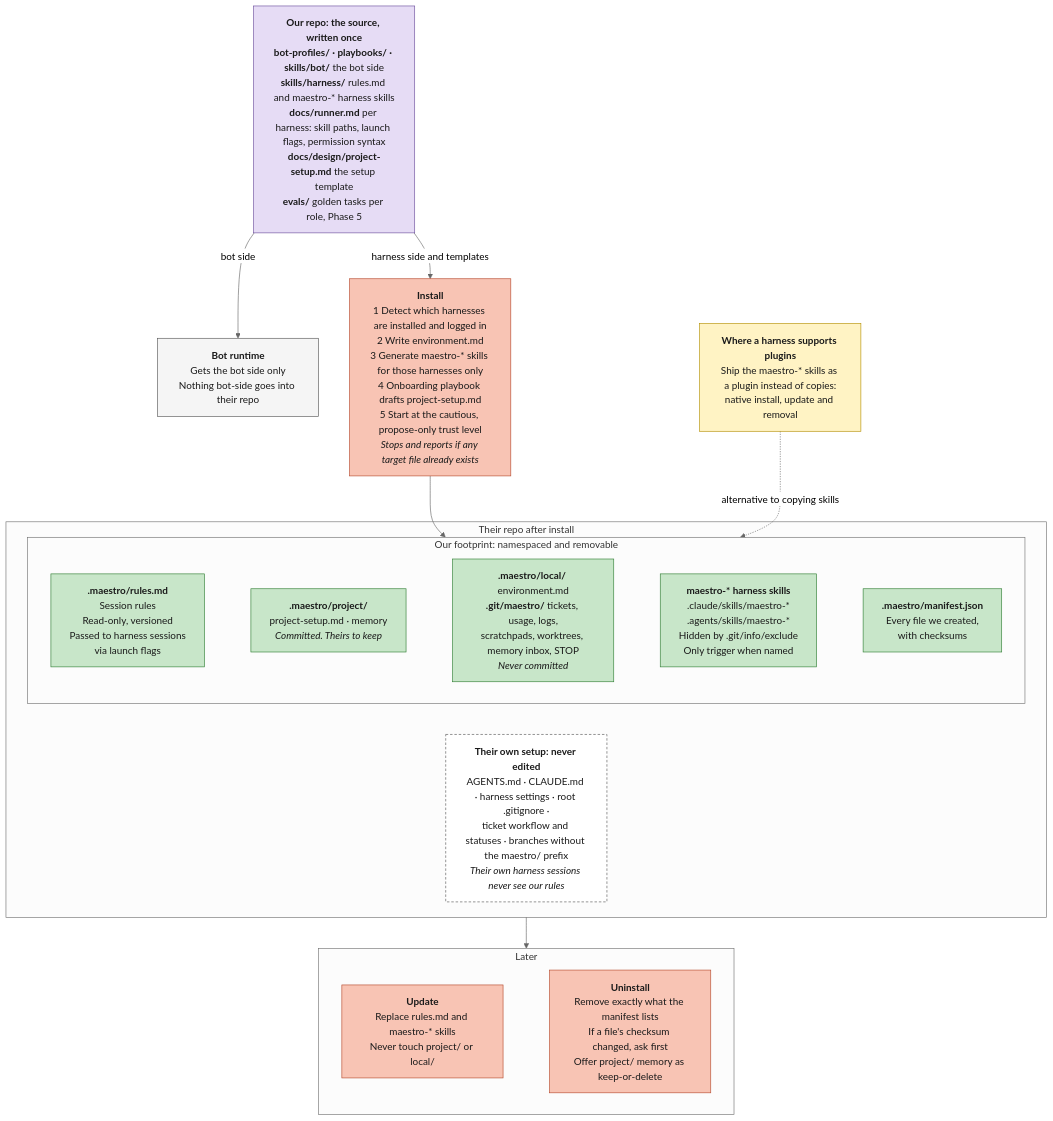
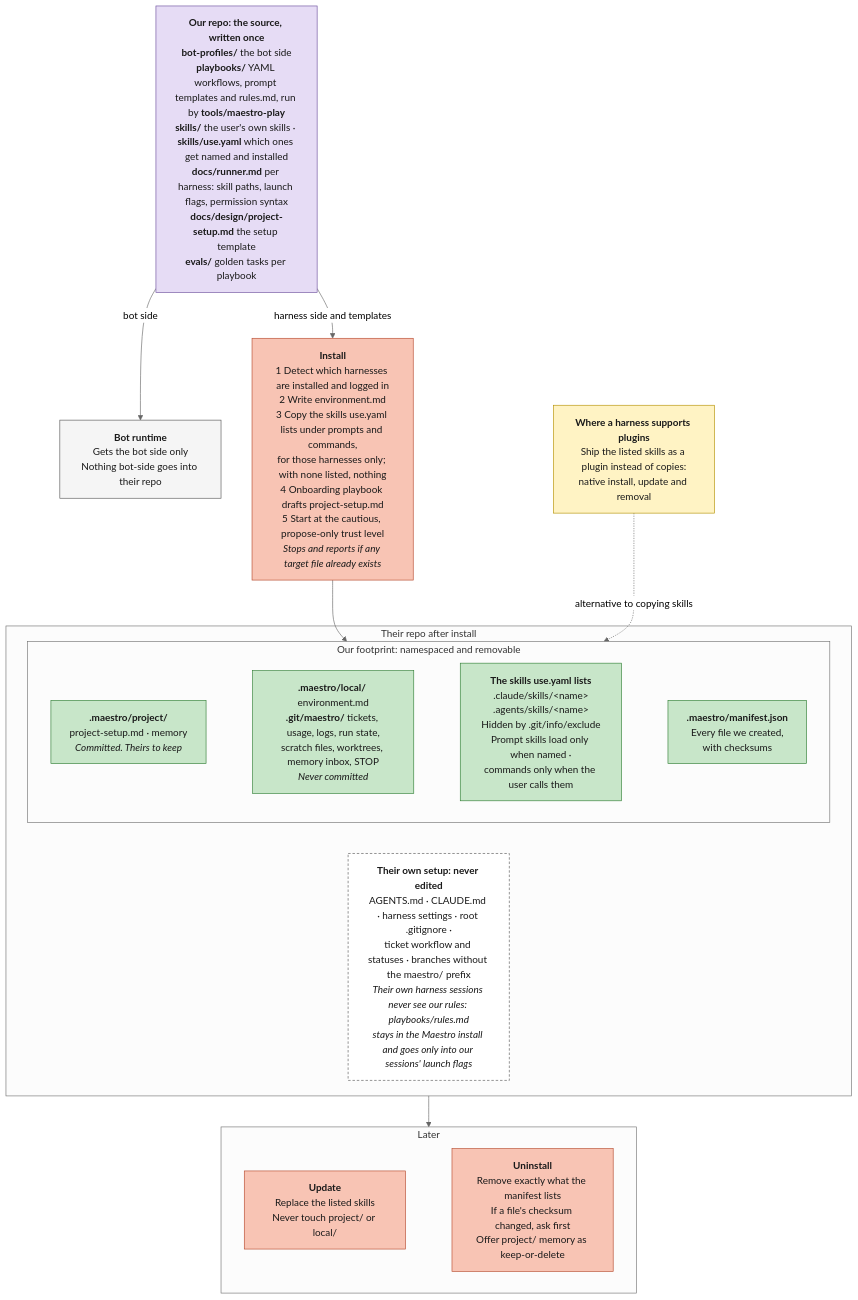
The diagram in docs/design/install-footprint.mermaid (ProlesDei/maestro), drawn with Mermaid (neutral theme) before and after one commit. The commit also changed 293 other files, not shown here.

Commit message:
Playbooks: deterministic YAML engine (maestro-play), 28 playbooks, harness skills and commands; decisions 0701, 0716-0719, 0790-0799

```diff
--- a/docs/design/install-footprint.mermaid
+++ b/docs/design/install-footprint.mermaid
@@ -1,43 +1,43 @@
 flowchart TD
-    Source["<b>Our repo: the source, written once</b><br/><b>bot-profiles/ · playbooks/ · skills/bot/</b> the bot side<br/><b>skills/harness/</b> rules.md and maestro-* harness skills<br/><b>docs/runner.md</b> per harness: skill paths, launch flags, permission syntax<br/><b>docs/design/project-setup.md</b> the setup template<br/><b>evals/</b> golden tasks per role, Phase 5"]
+    Source["<b>Our repo: the source, written once</b><br/><b>bot-profiles/</b> the bot side<br/><b>playbooks/</b> YAML workflows, prompt templates and rules.md, run by <b>tools/maestro-play</b><br/><b>skills/</b> the user's own skills · <b>skills/use.yaml</b> which ones get named and installed<br/><b>docs/runner.md</b> per harness: skill paths, launch flags, permission syntax<br/><b>docs/design/project-setup.md</b> the setup template<br/><b>evals/</b> golden tasks per playbook"]
 
     BotRuntime["<b>Bot runtime</b><br/>Gets the bot side only<br/>Nothing bot-side goes into their repo"]
 
-    Install["<b>Install</b><br/>1 Detect which harnesses are installed and logged in<br/>2 Write environment.md<br/>3 Generate maestro-* skills for those harnesses only<br/>4 Onboarding playbook drafts project-setup.md<br/>5 Start at the cautious, propose-only trust level<br/><i>Stops and reports if any target file already exists</i>"]
+    Install["<b>Install</b><br/>1 Detect which harnesses are installed and logged in<br/>2 Write environment.md<br/>3 Copy the skills use.yaml lists under prompts and commands,<br/>for those harnesses only; with none listed, nothing<br/>4 Onboarding playbook drafts project-setup.md<br/>5 Start at the cautious, propose-only trust level<br/><i>Stops and reports if any target file already exists</i>"]
 
     subgraph Repo ["Their repo after install"]
         subgraph Ours ["Our footprint: namespaced and removable"]
             direction LR
-            O1["<b>.maestro/rules.md</b><br/>Session rules<br/>Read-only, versioned<br/>Passed to harness sessions<br/>via launch flags"] ~~~ O2["<b>.maestro/project/</b><br/>project-setup.md · memory<br/><i>Committed. Theirs to keep</i>"] ~~~ O3["<b>.maestro/local/</b> environment.md<br/><b>.git/maestro/</b> tickets, usage, logs,<br/>scratchpads, worktrees, memory inbox, STOP<br/><i>Never committed</i>"] ~~~ O4["<b>maestro-* harness skills</b><br/>.claude/skills/maestro-*<br/>.agents/skills/maestro-*<br/>Hidden by .git/info/exclude<br/>Only trigger when named"] ~~~ O5["<b>.maestro/manifest.json</b><br/>Every file we created,<br/>with checksums"]
+            O2["<b>.maestro/project/</b><br/>project-setup.md · memory<br/><i>Committed. Theirs to keep</i>"] ~~~ O3["<b>.maestro/local/</b> environment.md<br/><b>.git/maestro/</b> tickets, usage, logs, run state,<br/>scratch files, worktrees, memory inbox, STOP<br/><i>Never committed</i>"] ~~~ O4["<b>The skills use.yaml lists</b><br/>.claude/skills/&lt;name&gt;<br/>.agents/skills/&lt;name&gt;<br/>Hidden by .git/info/exclude<br/>Prompt skills load only when named ·<br/>commands only when the user calls them"] ~~~ O5["<b>.maestro/manifest.json</b><br/>Every file we created,<br/>with checksums"]
         end
 
-        Theirs["<b>Their own setup: never edited</b><br/>AGENTS.md · CLAUDE.md · harness settings · root .gitignore ·<br/>ticket workflow and statuses · branches without the maestro/ prefix<br/><i>Their own harness sessions never see our rules</i>"]
+        Theirs["<b>Their own setup: never edited</b><br/>AGENTS.md · CLAUDE.md · harness settings · root .gitignore ·<br/>ticket workflow and statuses · branches without the maestro/ prefix<br/><i>Their own harness sessions never see our rules: playbooks/rules.md<br/>stays in the Maestro install and goes only into our sessions' launch flags</i>"]
     end
 
-    Plugin["<b>Where a harness supports plugins</b><br/>Ship the maestro-* skills as a plugin instead of copies:<br/>native install, update and removal"]
+    Plugin["<b>Where a harness supports plugins</b><br/>Ship the listed skills as a plugin instead of copies:<br/>native install, update and removal"]
 
     subgraph Later ["Later"]
         direction LR
-        U1["<b>Update</b><br/>Replace rules.md and maestro-* skills<br/>Never touch project/ or local/"] ~~~ U2["<b>Uninstall</b><br/>Remove exactly what the manifest lists<br/>If a file's checksum changed, ask first<br/>Offer project/ memory as keep-or-delete"]
+        U1["<b>Update</b><br/>Replace the listed skills<br/>Never touch project/ or local/"] ~~~ U2["<b>Uninstall</b><br/>Remove exactly what the manifest lists<br/>If a file's checksum changed, ask first<br/>Offer project/ memory as keep-or-delete"]
     end
 
     Source -->|"bot side"| BotRuntime
     Source -->|"harness side and templates"| Install
     Install --> Ours
     Plugin -.->|"alternative to copying skills"| Ours
     Ours ~~~ Theirs
     Repo --> Later
 
     classDef src fill:#e6dcf5,stroke:#6a4c9c,color:#1a1a1a
     classDef step fill:#f8c4b4,stroke:#b5472b,color:#1a1a1a
     classDef ours fill:#c8e6c9,stroke:#2e7d32,color:#1a1a1a
     classDef theirs fill:#ffffff,stroke:#555,color:#1a1a1a,stroke-dasharray:4 3
     classDef runtime fill:#f5f5f5,stroke:#555,color:#1a1a1a
     classDef note fill:#fff3c4,stroke:#b38f00,color:#1a1a1a
 
     class Source src
     class Install,U1,U2 step
-    class O1,O2,O3,O4,O5 ours
+    class O2,O3,O4,O5 ours
     class Theirs theirs
     class BotRuntime runtime
     class Plugin note
```
